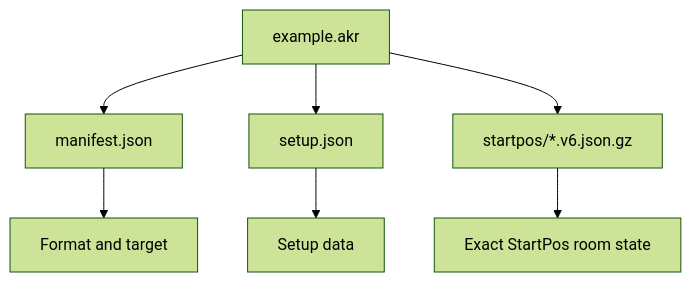
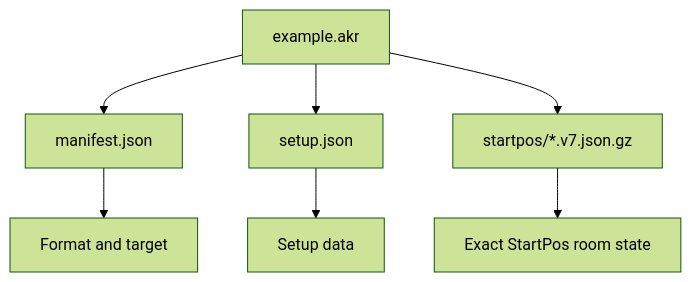
Before and after one commit to Microck/akron: the diagram in docs/concepts/akr-files-and-setup-state.mdx, drawn with Mermaid (forest theme). The commit also changed other lines of this file and 14 other files, not shown here.

````diff
--- a/docs/concepts/akr-files-and-setup-state.mdx
+++ b/docs/concepts/akr-files-and-setup-state.mdx
@@ -27,9 +27,9 @@
 ```mermaid
 flowchart TD
   archive["example.akr"] --> manifest["manifest.json"]
   archive --> payload["setup.json"]
-  archive --> snapshots["startpos/*.v6.json.gz"]
+  archive --> snapshots["startpos/*.v7.json.gz"]
   manifest --> target["Format and target"]
   payload --> settings["Setup data"]
   snapshots --> roomState["Exact StartPos room state"]
 ```
````
